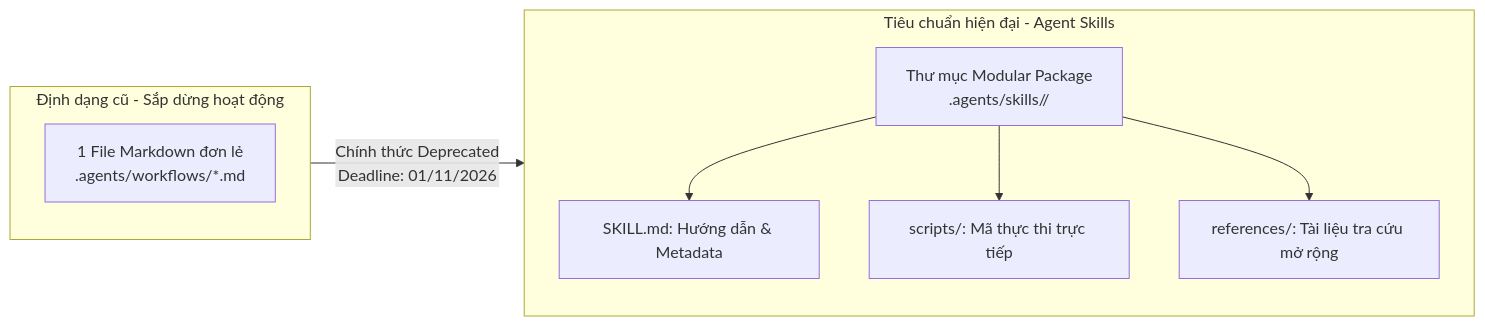
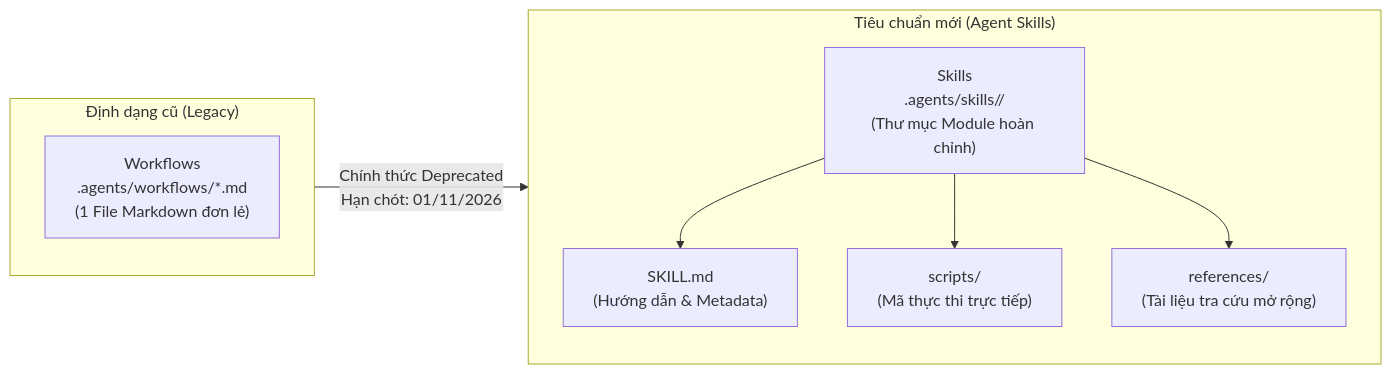
One commit to anhnbt/anhnbt.github.io changed the first of 4 diagrams in content/posts/workflow-va-skill-trong-antigravity/index.mdx. Above: the diagram before and after it, drawn with Mermaid. The commit also changed other lines of this file, not shown here.

Commit message:
docs(blog): bổ sung phân tích .agents/rules và cập nhật biểu đồ quy trình Mermaid

````diff
--- a/content/posts/workflow-va-skill-trong-antigravity/index.mdx
+++ b/content/posts/workflow-va-skill-trong-antigravity/index.mdx
@@ -52,15 +53,15 @@
 ```mermaid
 flowchart LR
-    subgraph Legacy [Định dạng cũ - Sắp dừng hoạt động]
-        WF[1 File Markdown đơn lẻ<br/>.agents/workflows/*.md]
+    subgraph Legacy ["Định dạng cũ (Legacy)"]
+        WF["Workflows<br/>.agents/workflows/*.md<br/>(1 File Markdown đơn lẻ)"]
     end
 
-    subgraph Modern [Tiêu chuẩn hiện đại - Agent Skills]
-        SK[Thư mục Modular Package<br/>.agents/skills/<name>/]
-        SK --> MD[SKILL.md: Hướng dẫn & Metadata]
-        SK --> SC[scripts/: Mã thực thi trực tiếp]
-        SK --> RF[references/: Tài liệu tra cứu mở rộng]
+    subgraph Modern ["Tiêu chuẩn mới (Agent Skills)"]
+        SK["Skills<br/>.agents/skills/<name>/<br/>(Thư mục Module hoàn chỉnh)"]
+        SK --> MD["SKILL.md<br/>(Hướng dẫn & Metadata)"]
+        SK --> SC["scripts/<br/>(Mã thực thi trực tiếp)"]
+        SK --> RF["references/<br/>(Tài liệu tra cứu mở rộng)"]
     end
 
-    Legacy -->|Chính thức Deprecated<br/>Deadline: 01/11/2026| Modern
+    Legacy -->|"Chính thức Deprecated<br/>Hạn chót: 01/11/2026"| Modern
 ```
````
